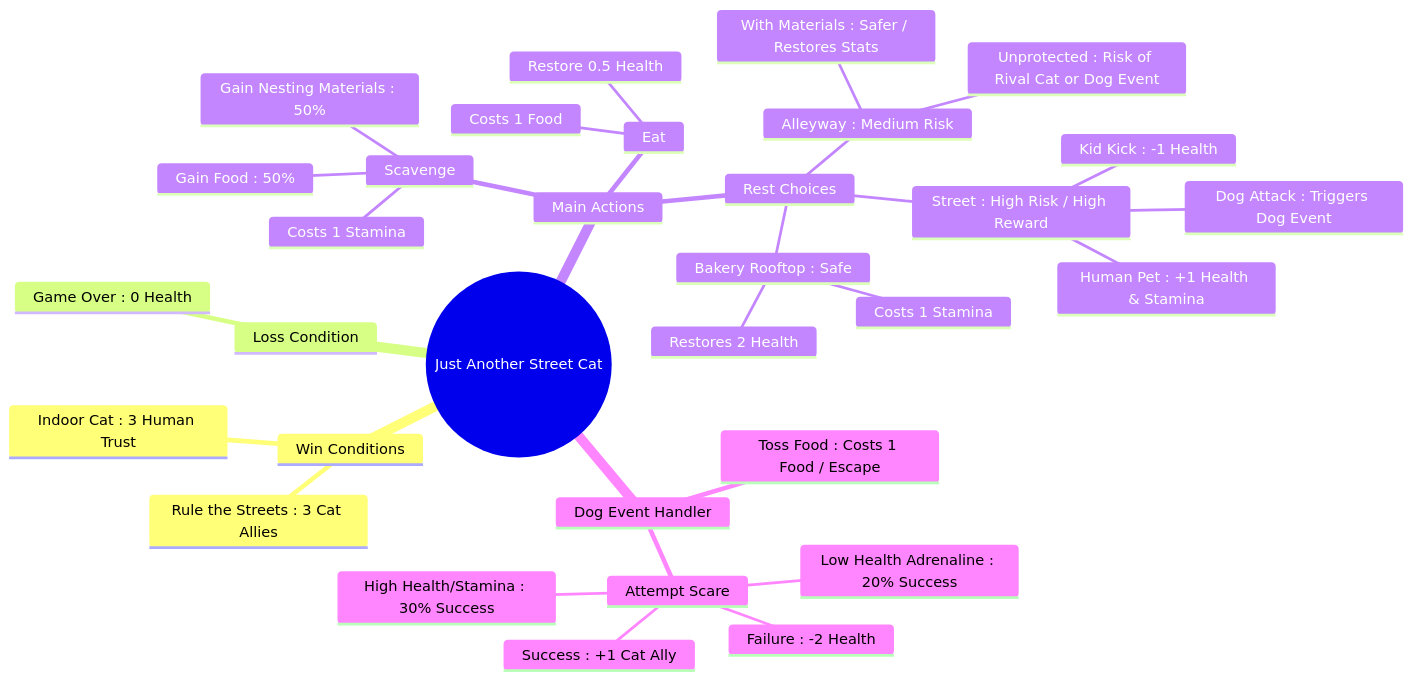
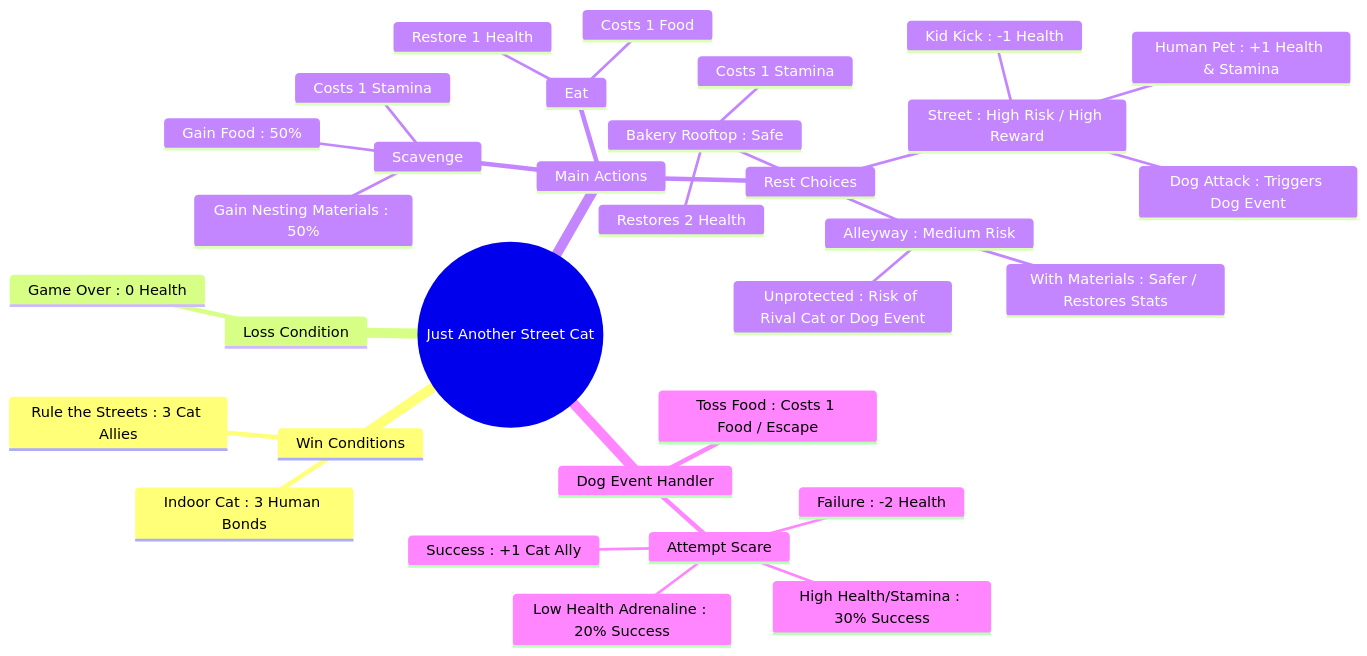
The diagram in README.md (shamful/Just-Another-Stray-Cat), drawn with Mermaid before and after one commit. The commit also changed 1 other file, not shown here.

Commit message:
Change human trust to human bond.

````diff
--- a/README.md
+++ b/README.md
@@ -7,35 +7,35 @@
 ```mermaid
 mindmap
   root((Just Another Street Cat))
     Win Conditions
       Rule the Streets : 3 Cat Allies
-      Indoor Cat : 3 Human Trust
+      Indoor Cat : 3 Human Bonds
     Loss Condition
       Game Over : 0 Health
     Main Actions
       Scavenge
         Gain Food : 50%
         Gain Nesting Materials : 50%
         Costs 1 Stamina
       Eat
-        Restore 0.5 Health
+        Restore 1 Health
         Costs 1 Food
       Rest Choices
         Street : High Risk / High Reward
           Human Pet : +1 Health & Stamina
           Kid Kick : -1 Health
           Dog Attack : Triggers Dog Event
         Alleyway : Medium Risk
           With Materials : Safer / Restores Stats
           Unprotected : Risk of Rival Cat or Dog Event
         Bakery Rooftop : Safe
           Costs 1 Stamina
           Restores 2 Health
     Dog Event Handler
       Toss Food : Costs 1 Food / Escape
       Attempt Scare
         Low Health Adrenaline : 20% Success
         High Health/Stamina : 30% Success
         Success : +1 Cat Ally
         Failure : -2 Health
 ```
````
